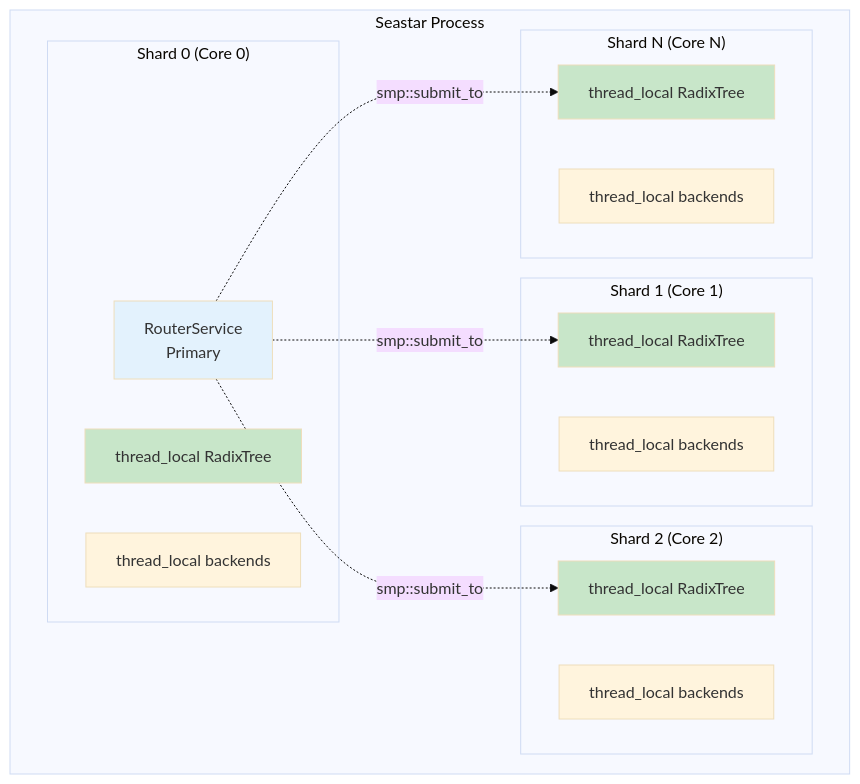
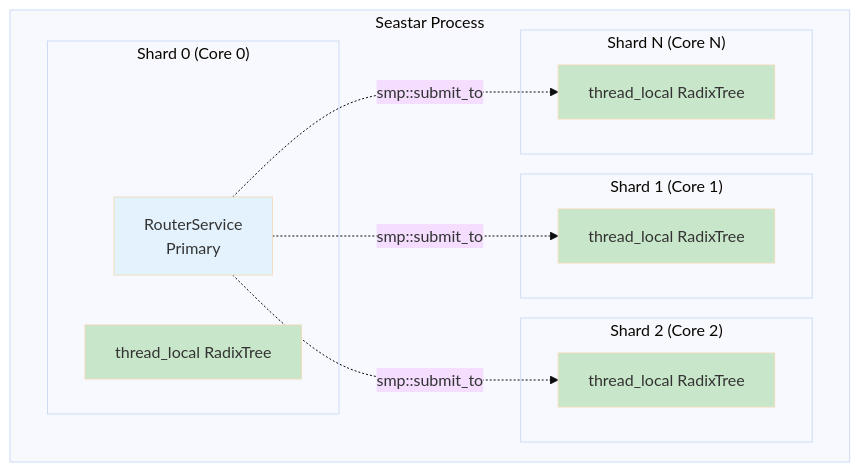
One commit to Ranvier-Systems/ranvier-core changed the fourth of 7 diagrams in docs/internals/radix-tree.md. Above: the diagram before and after it, drawn with Mermaid (base theme). The commit also changed other lines of this file and 1 other file, not shown here.

````diff
--- a/docs/internals/radix-tree.md
+++ b/docs/internals/radix-tree.md
@@ -780,35 +283,31 @@
 ```mermaid
 flowchart TB
     subgraph "Seastar Process"
         subgraph "Shard 0 (Core 0)"
             RS0[RouterService<br/>Primary]
             RT0[thread_local RadixTree]
-            BK0[thread_local backends]
         end
 
         subgraph "Shard 1 (Core 1)"
             RT1[thread_local RadixTree]
-            BK1[thread_local backends]
         end
 
         subgraph "Shard 2 (Core 2)"
             RT2[thread_local RadixTree]
-            BK2[thread_local backends]
         end
 
         subgraph "Shard N (Core N)"
             RTN[thread_local RadixTree]
-            BKN[thread_local backends]
         end
     end
 
     RS0 -.->|smp::submit_to| RT1
     RS0 -.->|smp::submit_to| RT2
     RS0 -.->|smp::submit_to| RTN
 
     style RS0 fill:#e3f2fd
     style RT0 fill:#c8e6c9
     style RT1 fill:#c8e6c9
     style RT2 fill:#c8e6c9
     style RTN fill:#c8e6c9
 ```
````
